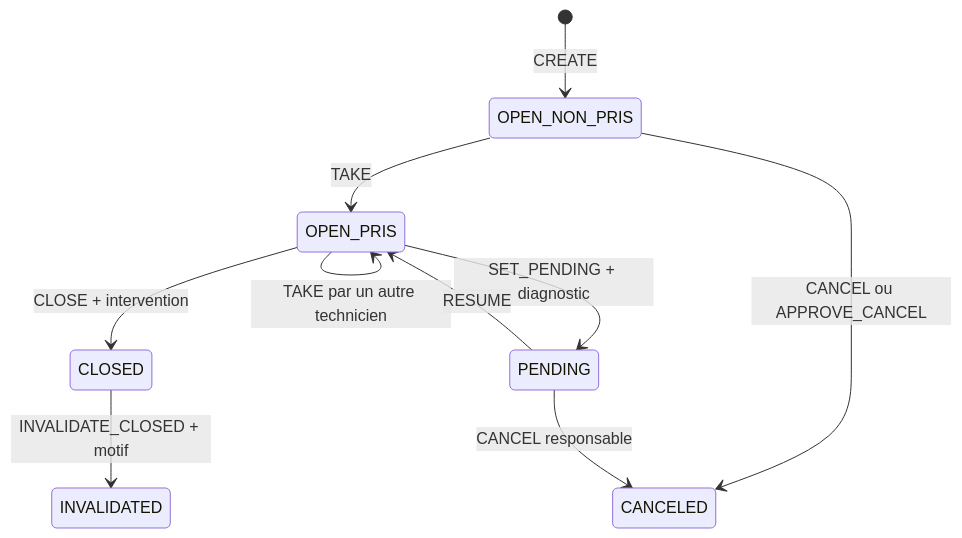
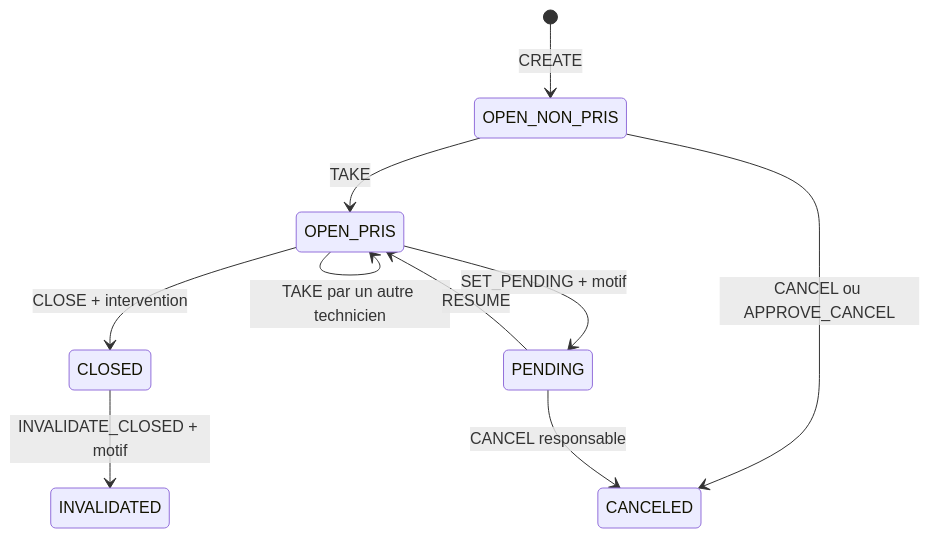
The diagram in INCIDENT_LIFECYCLE.md (AmineAKIK/sentinel-fullstack), drawn with Mermaid before and after one commit. The commit also changed other lines of this file and 14 other files, not shown here.

````diff
--- a/INCIDENT_LIFECYCLE.md
+++ b/INCIDENT_LIFECYCLE.md
@@ -25,12 +25,12 @@
 ```mermaid
 stateDiagram-v2
     [*] --> OPEN_NON_PRIS: CREATE
     OPEN_NON_PRIS --> OPEN_PRIS: TAKE
     OPEN_PRIS --> OPEN_PRIS: TAKE par un autre technicien
-    OPEN_PRIS --> PENDING: SET_PENDING + diagnostic
+    OPEN_PRIS --> PENDING: SET_PENDING + motif
     PENDING --> OPEN_PRIS: RESUME
     OPEN_PRIS --> CLOSED: CLOSE + intervention
     OPEN_NON_PRIS --> CANCELED: CANCEL ou APPROVE_CANCEL
     PENDING --> CANCELED: CANCEL responsable
     CLOSED --> INVALIDATED: INVALIDATE_CLOSED + motif
 ```
````
